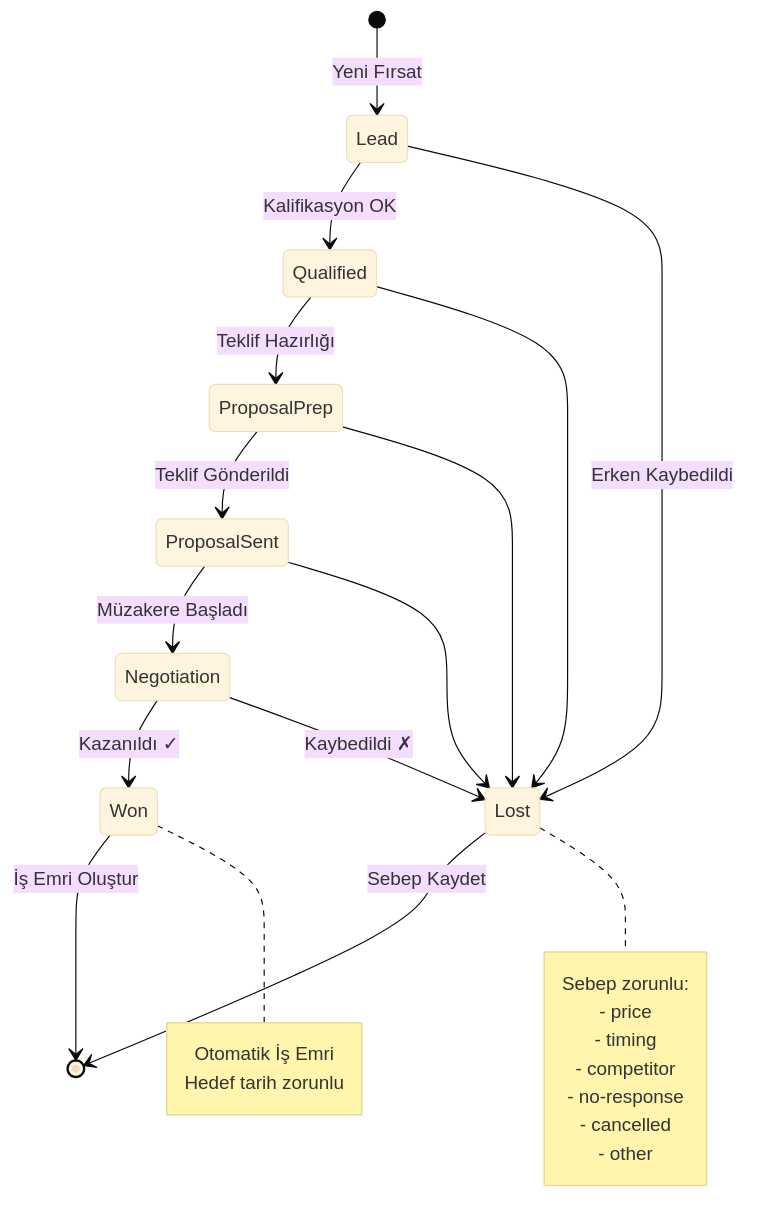
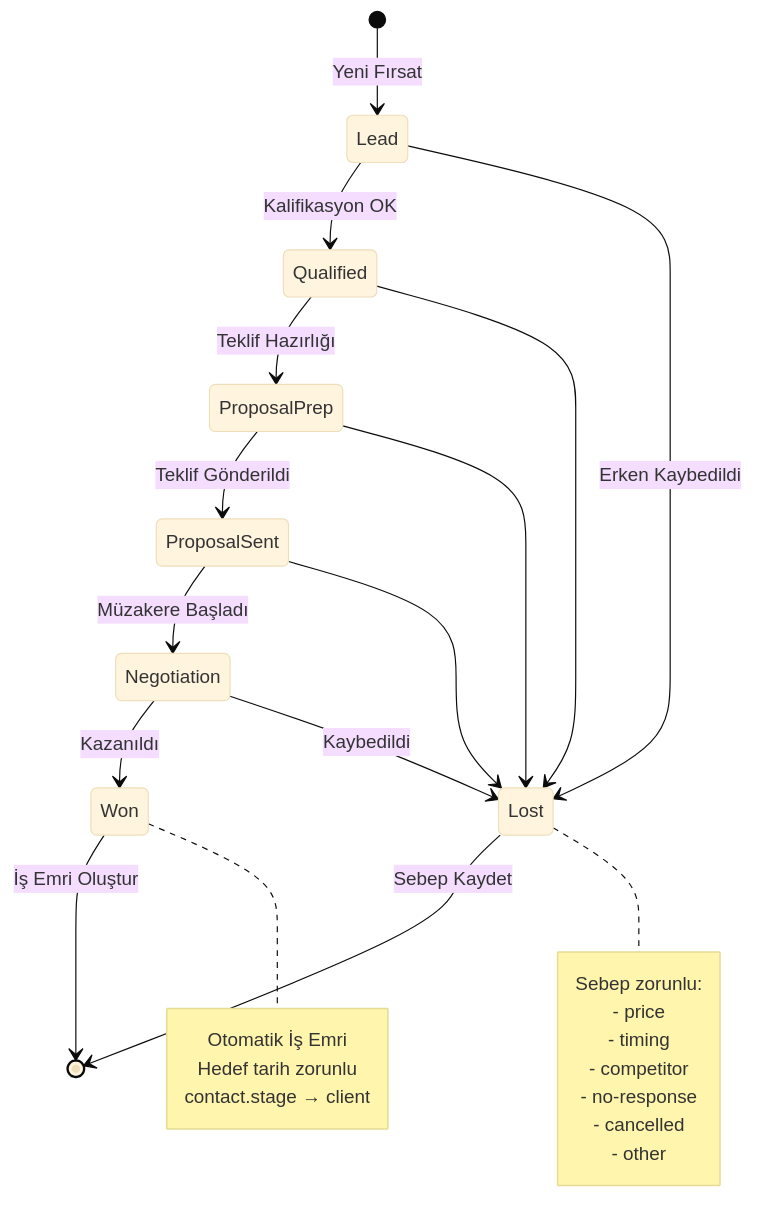
Before and after one commit to Simetri8/simetri-crm: the third of 7 diagrams in docs/00-Proje-Dokümantasyonu.md, drawn with Mermaid (base theme). The commit also changed other lines of this file and 32 other files, not shown here.

Commit message:
feat: Enhance CRM contact management with stage filtering, improved forms, and updated UI components for better user experience and data handling.

````diff
--- a/docs/00-Proje-Dokümantasyonu.md
+++ b/docs/00-Proje-Dokümantasyonu.md
@@ -142,34 +250,35 @@
 ```mermaid
 stateDiagram-v2
     [*] --> Lead: Yeni Fırsat
     Lead --> Qualified: Kalifikasyon OK
     Qualified --> ProposalPrep: Teklif Hazırlığı
     ProposalPrep --> ProposalSent: Teklif Gönderildi
     ProposalSent --> Negotiation: Müzakere Başladı
 
-    Negotiation --> Won: Kazanıldı ✓
-    Negotiation --> Lost: Kaybedildi ✗
+    Negotiation --> Won: Kazanıldı
+    Negotiation --> Lost: Kaybedildi
 
     Lead --> Lost: Erken Kaybedildi
     Qualified --> Lost
     ProposalPrep --> Lost
     ProposalSent --> Lost
 
     Won --> [*]: İş Emri Oluştur
     Lost --> [*]: Sebep Kaydet
 
     note right of Won
         Otomatik İş Emri
         Hedef tarih zorunlu
+        contact.stage → client
     end note
 
     note right of Lost
         Sebep zorunlu:
         - price
         - timing
         - competitor
         - no-response
         - cancelled
         - other
     end note
 ```
````
